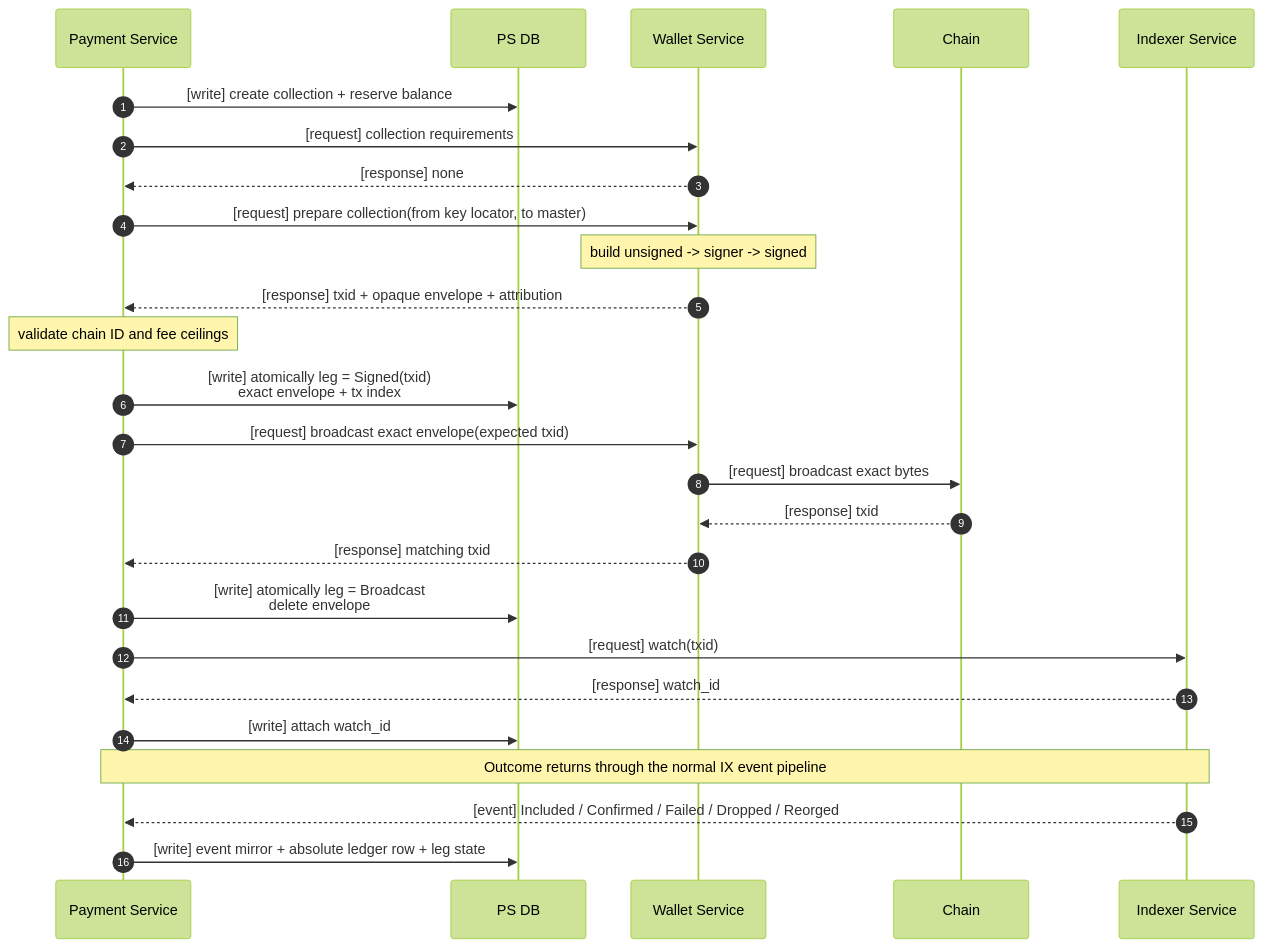
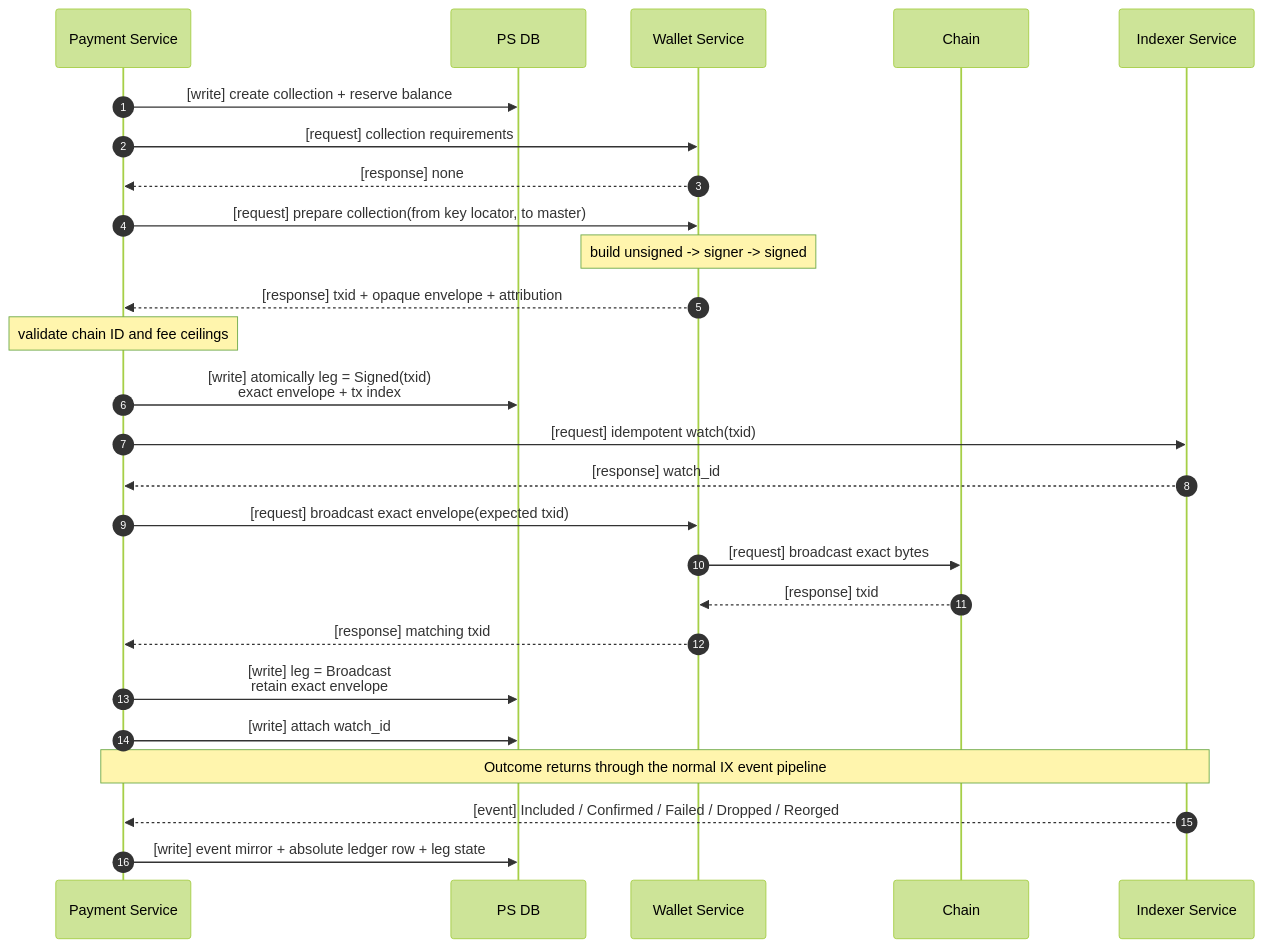
Diagram 14 of 17 in docs/SYSTEM_REQUIREMENTS.md (achiko/Payment-SDK), drawn with Mermaid (forest theme) before and after one commit. The commit also changed other lines of this file and 545 other files, not shown here.

Commit message:
refactor payment sdk architecture

````diff
--- a/docs/SYSTEM_REQUIREMENTS.md
+++ b/docs/SYSTEM_REQUIREMENTS.md
@@ -743,30 +784,30 @@
 ```mermaid
 sequenceDiagram
     autonumber
     participant PS as Payment Service
     participant PSDB as PS DB
     participant WS as Wallet Service
     participant Chain
     participant IX as Indexer Service
 
     PS->>PSDB: [write] create collection + reserve balance
     PS->>WS: [request] collection requirements
     WS-->>PS: [response] none
     PS->>WS: [request] prepare collection(from key locator, to master)
     Note over WS: build unsigned -> signer -> signed
     WS-->>PS: [response] txid + opaque envelope + attribution
     Note over PS: validate chain ID and fee ceilings
     PS->>PSDB: [write] atomically leg = Signed(txid)<br/>exact envelope + tx index
+    PS->>IX: [request] idempotent watch(txid)
+    IX-->>PS: [response] watch_id
     PS->>WS: [request] broadcast exact envelope(expected txid)
     WS->>Chain: [request] broadcast exact bytes
     Chain-->>WS: [response] txid
     WS-->>PS: [response] matching txid
-    PS->>PSDB: [write] atomically leg = Broadcast<br/>delete envelope
-    PS->>IX: [request] watch(txid)
-    IX-->>PS: [response] watch_id
+    PS->>PSDB: [write] leg = Broadcast<br/>retain exact envelope
     PS->>PSDB: [write] attach watch_id
 
     Note over PS,IX: Outcome returns through the normal IX event pipeline
     IX-->>PS: [event] Included / Confirmed / Failed / Dropped / Reorged
     PS->>PSDB: [write] event mirror + absolute ledger row + leg state
 ```
````
